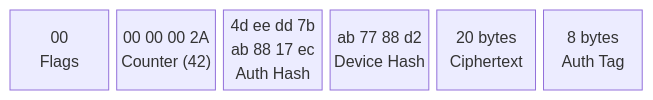
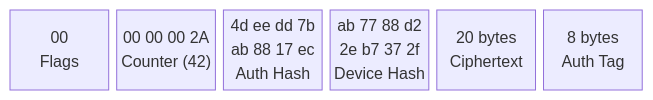
The third of 3 diagrams in TagoTiPs.md (tago-io/tagotip), drawn with Mermaid before and after one commit. The commit also changed other lines of this file and 2 other files, not shown here.

````diff
--- a/TagoTiPs.md
+++ b/TagoTiPs.md
@@ -254,10 +254,10 @@
 ```mermaid
 block-beta
   columns 6
   F["00\nFlags"]:1
   C["00 00 00 2A\nCounter (42)"]:1
   A["4d ee dd 7b\nab 88 17 ec\nAuth Hash"]:1
-  D["ab 77 88 d2\nDevice Hash"]:1
+  D["ab 77 88 d2\n2e b7 37 2f\nDevice Hash"]:1
   CT["20 bytes\nCiphertext"]:1
   T["8 bytes\nAuth Tag"]:1
 ```
````
